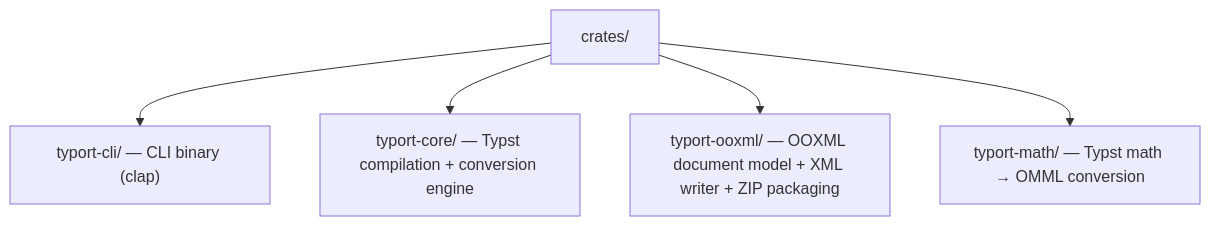
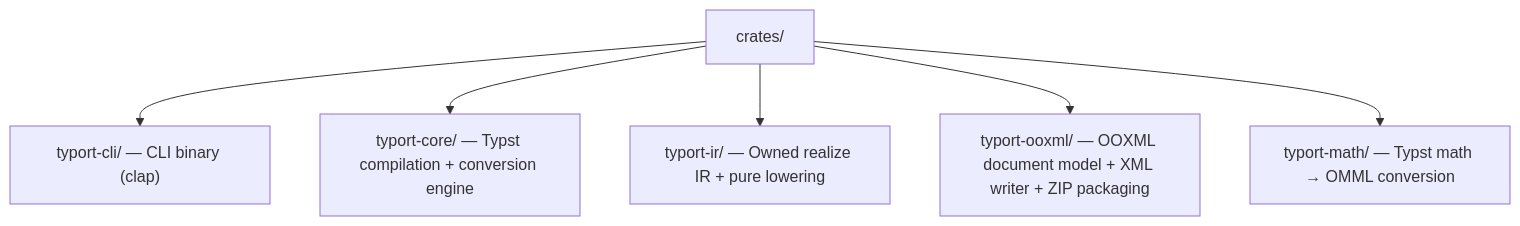
Before and after one commit to kwadraten/tydocx: the second of 2 diagrams in README.md, drawn with Mermaid. The commit also changed other lines of this file and 42 other files, not shown here.

````diff
--- a/README.md
+++ b/README.md
@@ -78,7 +78,8 @@
 ```mermaid
 flowchart TD
     CRATES["crates/"] --> CLI["typort-cli/ — CLI binary (clap)"]
     CRATES --> CORE["typort-core/ — Typst compilation + conversion engine"]
+    CRATES --> IR["typort-ir/ — Owned realize IR + pure lowering"]
     CRATES --> OOXML["typort-ooxml/ — OOXML document model + XML writer + ZIP packaging"]
     CRATES --> MATH["typort-math/ — Typst math → OMML conversion"]
 ```
````
